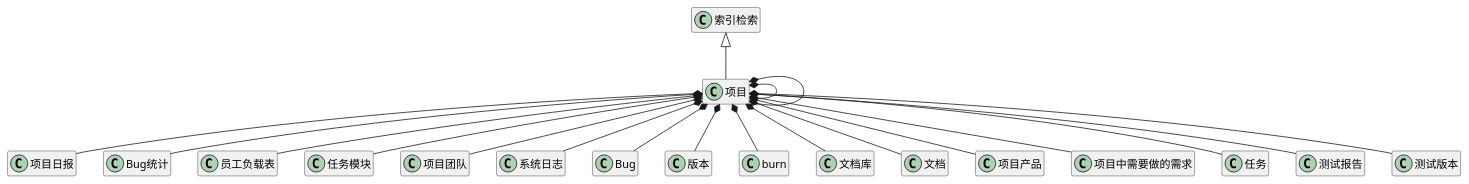
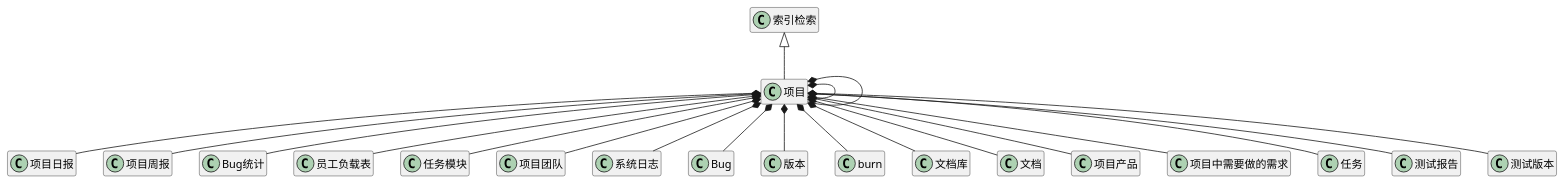
The first of 15 diagrams in ibizpms-docs/src/main/doc/v1/module/zentao/Project_old.md (zj335841911/nt_chandao), drawn with PlantUML before and after one commit. The commit also changed 34 other files, not shown here.

```diff
--- a/ibizpms-docs/src/main/doc/v1/module/zentao/Project_old.md
+++ b/ibizpms-docs/src/main/doc/v1/module/zentao/Project_old.md
@@ -6,22 +6,23 @@
 {% plantuml %}
 项目 *-- 项目日报 
+项目 *-- 项目周报 
 项目 *-- Bug统计 
 项目 *-- 员工负载表 
 项目 *-- 任务模块 
 项目 *-- 项目团队 
 项目 *-- 系统日志 
 项目 *-- Bug 
 项目 *-- 版本 
 项目 *-- burn 
 项目 *-- 文档库 
 项目 *-- 文档 
 项目 *-- 项目产品 
 项目 *-- 项目中需要做的需求 
 项目 *-- 任务 
 项目 *-- 测试报告 
 项目 *-- 测试版本 
 项目 *-- 项目 
 项目 *-- 项目 
 索引检索 <|-- 项目 
 hide members
 {% endplantuml %}
```
